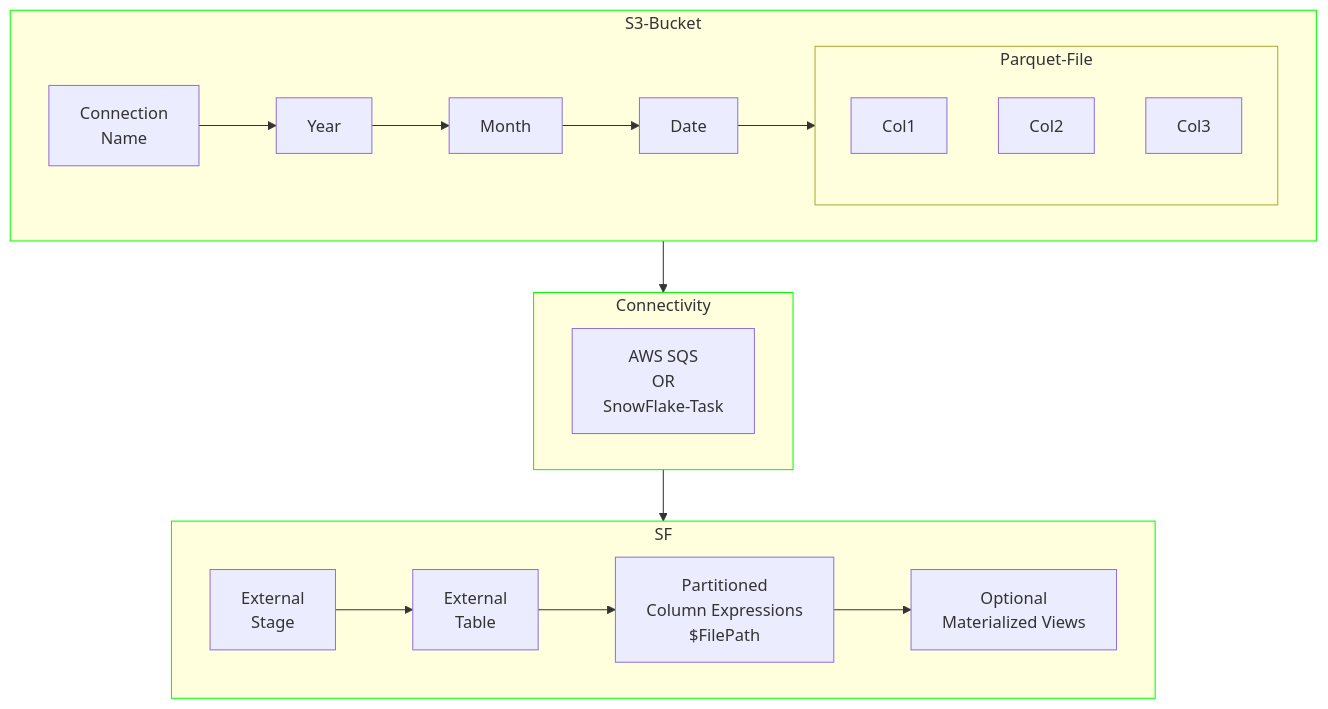
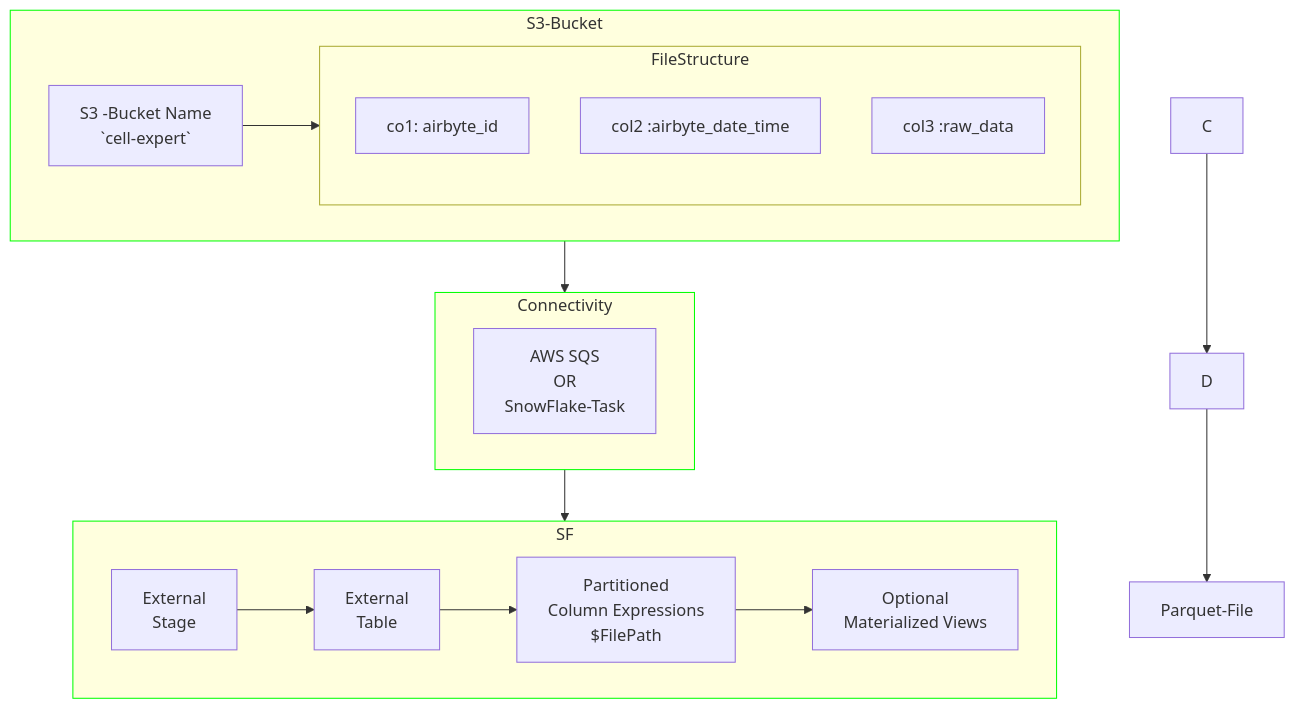
One commit to peddadap/design_templates changed the third of 10 diagrams in README.md. Above: the diagram before and after it, drawn with Mermaid. The commit also changed other lines of this file, not shown here.

````diff
--- a/README.md
+++ b/README.md
@@ -123,36 +151,32 @@
 ```mermaid
 flowchart
     subgraph S3-Bucket
-        A[Connection \n Name]
-        B[Year]
-        C[Month]
-        D[Date]
-        subgraph Parquet-File
-            Col1
-            Col2
-            Col3
+        A[S3 -Bucket Name \n `cell-expert`]
+        subgraph FileStructure
+            Col1[co1: airbyte_id]
+            Col2[col2 :airbyte_date_time]
+            Col3[col3 :raw_data]
         end
     end
     subgraph Connectivity
         X[AWS SQS \n OR \n  SnowFlake-Task]
     end
 
     subgraph SF
         1[External \n Stage]
         2[External \n Table]
         3[ Partitioned \n Column Expressions \n $FilePath]
         4[Optional \n Materialized Views]
     end
     classDef module stroke:#0f0
-    A-->B
-    B-->C 
+    A--> FileStructure
     C-->D
     D-->Parquet-File
     1-->2
     2-->3
     3-->4
     S3-Bucket-->Connectivity
     Connectivity-->SF
     class S3-Bucket,Connectivity,SF module
 
 ```
````
